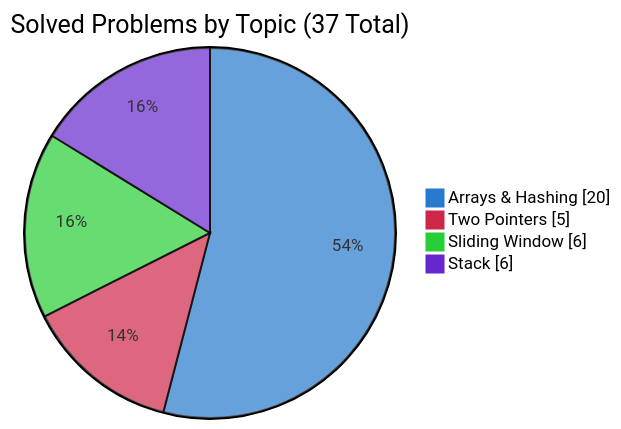
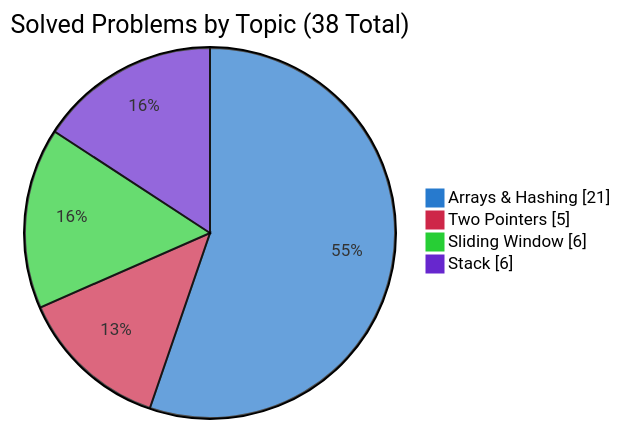
The second of 3 diagrams in README.md (simonesiega/leetcode-solutions), drawn with Mermaid before and after one commit. The commit also changed other lines of this file and 3 other files, not shown here.

````diff
--- a/README.md
+++ b/README.md
@@ -84,9 +84,9 @@
 ```mermaid
 %%{init: {"themeVariables":{"pie1":"#277ace","pie2":"#ce2748","pie3":"#27ce35","pie4":"#6727ce"},"themeCSS":".pieCircle:nth-of-type(1){fill:#277ace!important}.legend:nth-of-type(2) rect{fill:#277ace!important;stroke:#277ace!important}.pieCircle:nth-of-type(2){fill:#ce2748!important}.legend:nth-of-type(3) rect{fill:#ce2748!important;stroke:#ce2748!important}.pieCircle:nth-of-type(3){fill:#27ce35!important}.legend:nth-of-type(4) rect{fill:#27ce35!important;stroke:#27ce35!important}.pieCircle:nth-of-type(4){fill:#6727ce!important}.legend:nth-of-type(5) rect{fill:#6727ce!important;stroke:#6727ce!important}"}}%%
 pie showData
-    title Solved Problems by Topic (37 Total)
-    "Arrays & Hashing" : 20
+    title Solved Problems by Topic (38 Total)
+    "Arrays & Hashing" : 21
     "Two Pointers" : 5
     "Sliding Window" : 6
     "Stack" : 6
 ```
````
